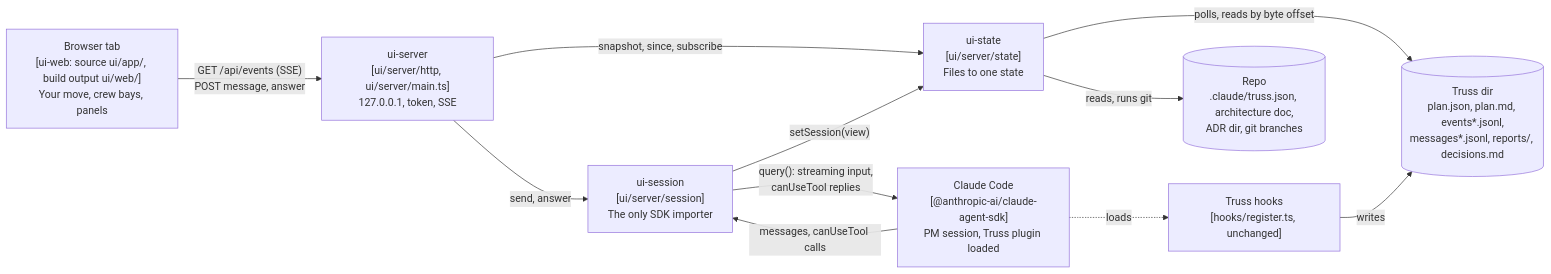
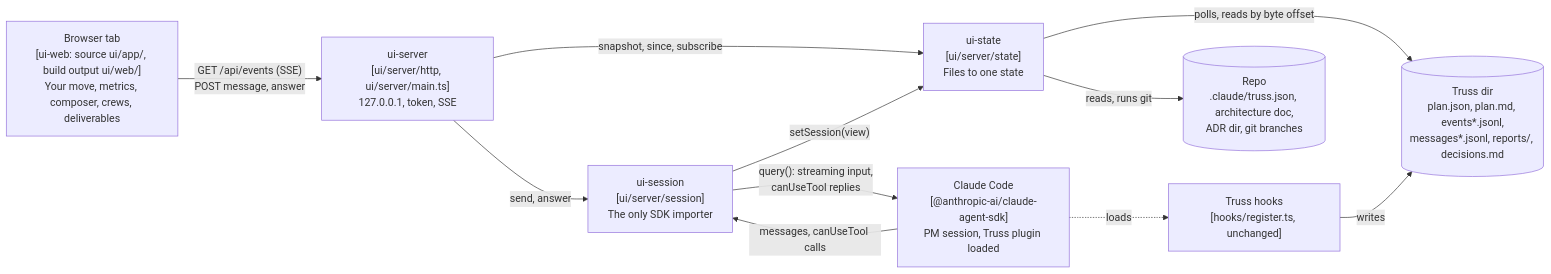
Diagram 19 of 23 in plugins/truss/docs/architecture.md (AbhiramDwivedi/truss), drawn with Mermaid before and after one commit. The commit also changed other lines of this file and 3 other files, not shown here.

````diff
--- a/plugins/truss/docs/architecture.md
+++ b/plugins/truss/docs/architecture.md
@@ -1068,22 +1068,22 @@
 ```mermaid
 flowchart LR
-  browser["Browser tab<br/>[ui-web: source ui/app/, build output ui/web/]<br/>Your move, crew bays, panels"]
+  browser["Browser tab<br/>[ui-web: source ui/app/, build output ui/web/]<br/>Your move, metrics, composer, crews, deliverables"]
   http["ui-server<br/>[ui/server/http, ui/server/main.ts]<br/>127.0.0.1, token, SSE"]
   state["ui-state<br/>[ui/server/state]<br/>Files to one state"]
   session["ui-session<br/>[ui/server/session]<br/>The only SDK importer"]
   sdk["Claude Code<br/>[@anthropic-ai/claude-agent-sdk]<br/>PM session, Truss plugin loaded"]
   hooks["Truss hooks<br/>[hooks/register.ts, unchanged]"]
   tdir[("Truss dir<br/>plan.json, plan.md, events*.jsonl,<br/>messages*.jsonl, reports/, decisions.md")]
   repo[("Repo<br/>.claude/truss.json, architecture doc,<br/>ADR dir, git branches")]
 
   browser -->|"GET /api/events (SSE)<br/>POST message, answer"| http
   http -->|"snapshot, since, subscribe"| state
   http -->|"send, answer"| session
   session -->|"setSession(view)"| state
   session -->|"query(): streaming input,<br/>canUseTool replies"| sdk
   sdk -->|"messages, canUseTool calls"| session
   sdk -.->|"loads"| hooks
   hooks -->|"writes"| tdir
   state -->|"polls, reads by byte offset"| tdir
   state -->|"reads, runs git"| repo
 ```
````
